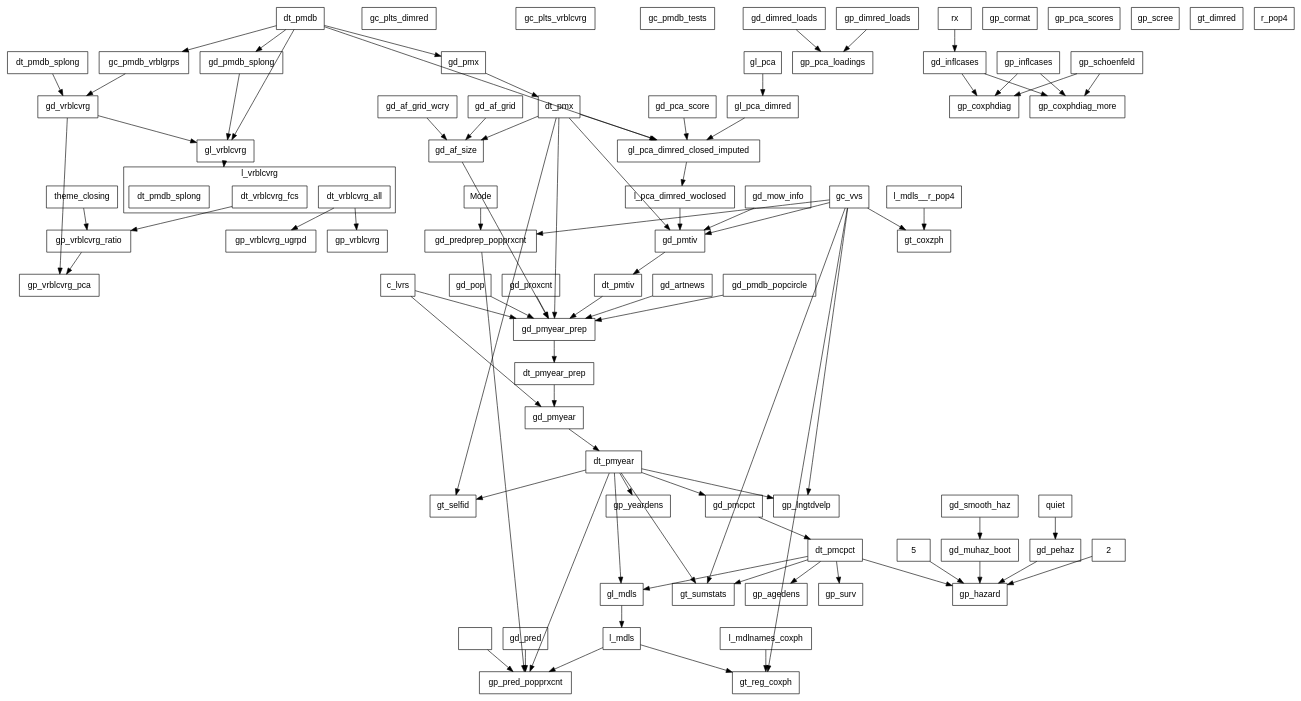
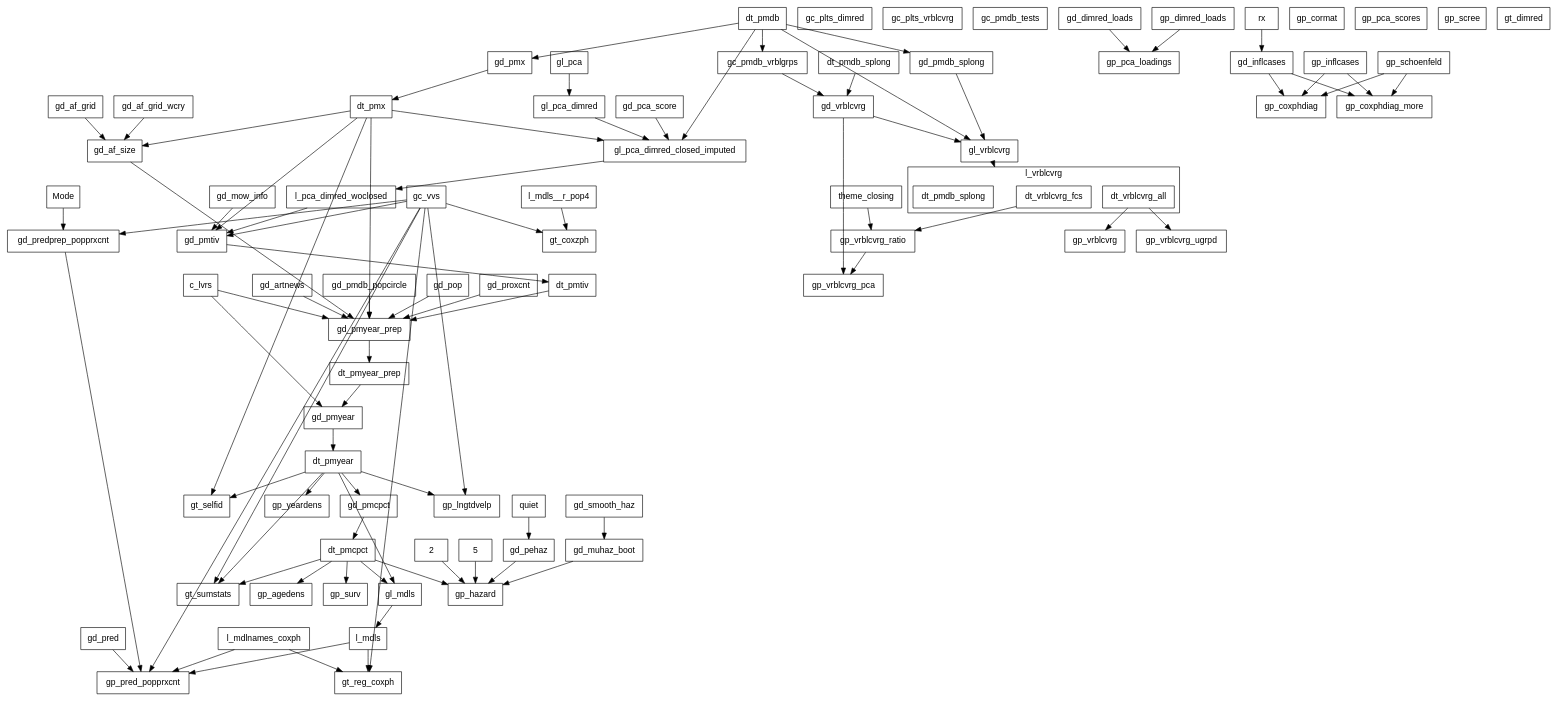
The diagram in misc/callgraph2.dot (swhalemwo/pm_closing), drawn with Graphviz before and after one commit. The commit also changed 4 other files, not shown here.

Commit message:
add CI to p_pred_popprxcnt

```diff
--- a/misc/callgraph2.dot
+++ b/misc/callgraph2.dot
@@ -1,174 +1,173 @@
 digraph D {
  compound = true;
  splines = false; fontname=helvetica;
  node [shape=box, fontsize = 14, fontname=helvetica];
  edge [style = solid];
  
  subgraph cluster_l_vrblcvrg {
  label = "l_vrblcvrg";
  l_vrblcvrg__dt_vrblcvrg_all [label=dt_vrblcvrg_all]; 
 l_vrblcvrg__dt_vrblcvrg_fcs [label=dt_vrblcvrg_fcs]; 
 l_vrblcvrg [label = "", color=transparent, width=0, height=0]; 
 l_vrblcvrg__dt_pmdb_splong [label=dt_pmdb_splong] 
 } 
  gc_plts_dimred; 
 gc_plts_vrblcvrg; 
 gc_pmdb_tests; 
 gc_pmdb_vrblgrps; 
 gc_vvs; 
 gd_af_grid; 
 gd_af_grid_wcry; 
 gd_af_size; 
 gd_artnews; 
 gd_dimred_loads; 
 gd_inflcases; 
 gd_mow_info; 
 gd_muhaz_boot; 
 gd_pca_score; 
 gd_pehaz; 
 gd_pmcpct; 
 gd_pmdb_popcircle; 
 gd_pmdb_splong; 
 gd_pmtiv; 
 gd_pmx; 
 gd_pmyear; 
 gd_pmyear_prep; 
 gd_pop; 
 gd_pred; 
 gd_predprep_popprxcnt; 
 gd_proxcnt; 
 gd_smooth_haz; 
 gd_vrblcvrg; 
 gl_mdls; 
 gl_pca; 
 gl_pca_dimred; 
 gl_pca_dimred_closed_imputed; 
 gl_vrblcvrg; 
 gp_agedens; 
 gp_cormat; 
 gp_coxphdiag; 
 gp_coxphdiag_more; 
 gp_dimred_loads; 
 gp_hazard; 
 gp_inflcases; 
 gp_lngtdvelp; 
 gp_pca_loadings; 
 gp_pca_scores; 
 gp_pred_popprxcnt; 
 gp_schoenfeld; 
 gp_scree; 
 gp_surv; 
 gp_vrblcvrg; 
 gp_vrblcvrg_pca; 
 gp_vrblcvrg_ratio; 
 gp_vrblcvrg_ugrpd; 
 gp_yeardens; 
 gt_coxzph; 
 gt_dimred; 
 gt_reg_coxph; 
 gt_selfid; 
 gt_sumstats; 
 Mode; 
 quiet; 
 theme_closing; 
 dt_pmdb; 
 dt_pmdb_splong; 
 dt_pmx; 
 l_pca_dimred_woclosed; 
 dt_pmtiv; 
 c_lvrs; 
 dt_pmyear_prep; 
 dt_pmyear; 
 dt_pmcpct; 
 2; 
 5; 
 rx; 
-""r_pop4""; 
+l_mdlnames_coxph; 
 l_mdls; 
-l_mdls__r_pop4; 
-l_mdlnames_coxph 
- ""r_pop4"" -> gp_pred_popprxcnt; 
-2 -> gp_hazard; 
+l_mdls__r_pop4 
+ 2 -> gp_hazard; 
 5 -> gp_hazard; 
 Mode -> gd_predprep_popprxcnt; 
 c_lvrs -> gd_pmyear; 
 c_lvrs -> gd_pmyear_prep; 
 dt_pmcpct -> gl_mdls; 
 dt_pmcpct -> gp_agedens; 
 dt_pmcpct -> gp_hazard; 
 dt_pmcpct -> gp_surv; 
 dt_pmcpct -> gt_sumstats; 
 dt_pmdb -> gc_pmdb_vrblgrps; 
 dt_pmdb -> gd_pmdb_splong; 
 dt_pmdb -> gd_pmx; 
 dt_pmdb -> gl_pca_dimred_closed_imputed; 
 dt_pmdb -> gl_vrblcvrg; 
 dt_pmdb_splong -> gd_vrblcvrg; 
 dt_pmtiv -> gd_pmyear_prep; 
 dt_pmx -> gd_af_size; 
 dt_pmx -> gd_pmtiv; 
 dt_pmx -> gd_pmyear_prep; 
 dt_pmx -> gl_pca_dimred_closed_imputed; 
 dt_pmx -> gt_selfid; 
 dt_pmyear -> gd_pmcpct; 
 dt_pmyear -> gl_mdls; 
 dt_pmyear -> gp_lngtdvelp; 
-dt_pmyear -> gp_pred_popprxcnt; 
 dt_pmyear -> gp_yeardens; 
 dt_pmyear -> gt_selfid; 
 dt_pmyear -> gt_sumstats; 
 dt_pmyear_prep -> gd_pmyear; 
 gc_pmdb_vrblgrps -> gd_vrblcvrg; 
 gc_vvs -> gd_pmtiv; 
 gc_vvs -> gd_predprep_popprxcnt; 
 gc_vvs -> gp_lngtdvelp; 
+gc_vvs -> gp_pred_popprxcnt; 
 gc_vvs -> gt_coxzph; 
 gc_vvs -> gt_reg_coxph; 
 gc_vvs -> gt_sumstats; 
 gd_af_grid -> gd_af_size; 
 gd_af_grid_wcry -> gd_af_size; 
 gd_af_size -> gd_pmyear_prep; 
 gd_artnews -> gd_pmyear_prep; 
 gd_dimred_loads -> gp_pca_loadings; 
 gd_inflcases -> gp_coxphdiag; 
 gd_inflcases -> gp_coxphdiag_more; 
 gd_mow_info -> gd_pmtiv; 
 gd_muhaz_boot -> gp_hazard; 
 gd_pca_score -> gl_pca_dimred_closed_imputed; 
 gd_pehaz -> gp_hazard; 
 gd_pmcpct -> dt_pmcpct; 
 gd_pmdb_popcircle -> gd_pmyear_prep; 
 gd_pmdb_splong -> gl_vrblcvrg; 
 gd_pmtiv -> dt_pmtiv; 
 gd_pmx -> dt_pmx; 
 gd_pmyear -> dt_pmyear; 
 gd_pmyear_prep -> dt_pmyear_prep; 
 gd_pop -> gd_pmyear_prep; 
 gd_pred -> gp_pred_popprxcnt; 
 gd_predprep_popprxcnt -> gp_pred_popprxcnt; 
 gd_proxcnt -> gd_pmyear_prep; 
 gd_smooth_haz -> gd_muhaz_boot; 
 gd_vrblcvrg -> gl_vrblcvrg; 
 gd_vrblcvrg -> gp_vrblcvrg_pca; 
 gl_mdls -> l_mdls; 
 gl_pca -> gl_pca_dimred; 
 gl_pca_dimred -> gl_pca_dimred_closed_imputed; 
 gl_pca_dimred_closed_imputed -> l_pca_dimred_woclosed; 
 gl_vrblcvrg -> l_vrblcvrg[lhead=cluster_l_vrblcvrg,ltail=gl_vrblcvrg]; 
 gp_dimred_loads -> gp_pca_loadings; 
 gp_inflcases -> gp_coxphdiag; 
 gp_inflcases -> gp_coxphdiag_more; 
 gp_schoenfeld -> gp_coxphdiag; 
 gp_schoenfeld -> gp_coxphdiag_more; 
 gp_vrblcvrg_ratio -> gp_vrblcvrg_pca; 
+l_mdlnames_coxph -> gp_pred_popprxcnt; 
 l_mdlnames_coxph -> gt_reg_coxph; 
 l_mdls -> gp_pred_popprxcnt; 
 l_mdls -> gt_reg_coxph; 
 l_mdls__r_pop4 -> gt_coxzph; 
 l_pca_dimred_woclosed -> gd_pmtiv; 
 l_vrblcvrg__dt_vrblcvrg_all -> gp_vrblcvrg; 
 l_vrblcvrg__dt_vrblcvrg_all -> gp_vrblcvrg_ugrpd; 
 l_vrblcvrg__dt_vrblcvrg_fcs -> gp_vrblcvrg_ratio; 
 quiet -> gd_pehaz; 
 rx -> gd_inflcases; 
 theme_closing -> gp_vrblcvrg_ratio }
```
